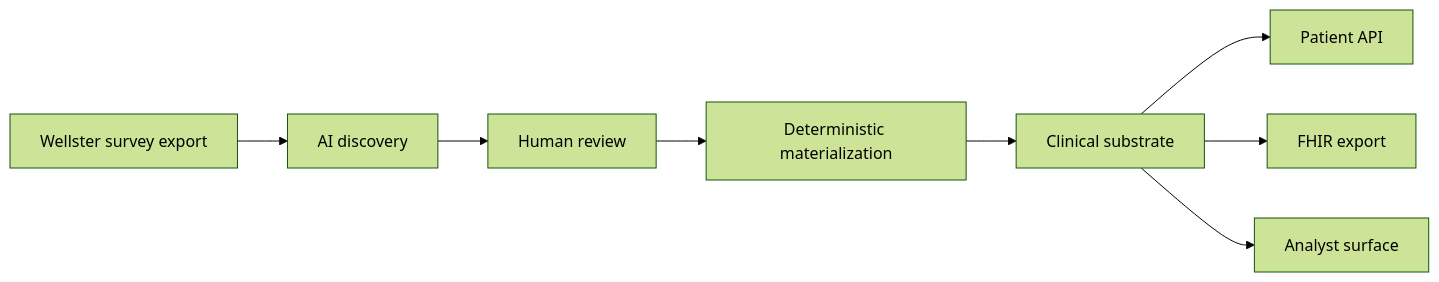
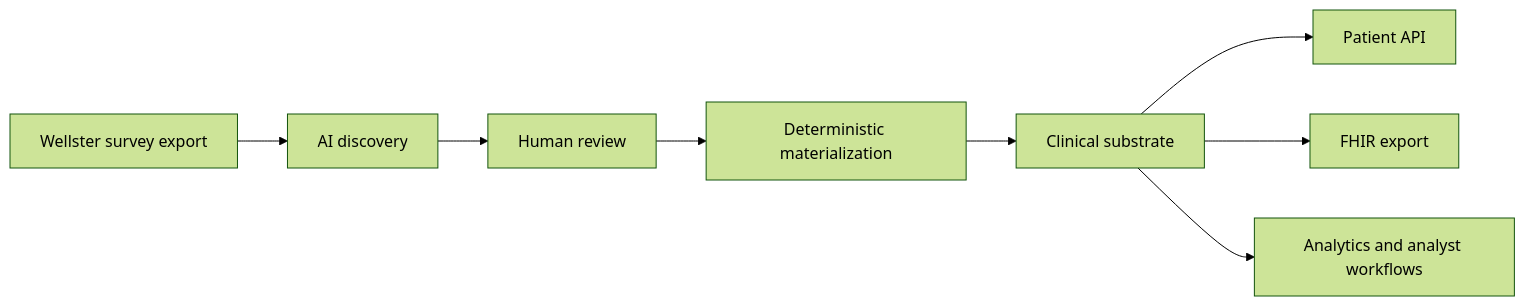
One commit to s6endemi/UniQ changed the first of 6 diagrams in WELLSTER_TECH_DEEPDIVE_EXTERNAL.md. Above: the diagram before and after it, drawn with Mermaid (forest theme). The commit also changed other lines of this file, not shown here.

Commit message:
Refine Wellster external tech deep-dive structure

````diff
--- a/WELLSTER_TECH_DEEPDIVE_EXTERNAL.md
+++ b/WELLSTER_TECH_DEEPDIVE_EXTERNAL.md
@@ -33,10 +33,10 @@
 ```mermaid
 flowchart LR
-    raw[Wellster survey export] --> discover[AI discovery]
-    discover --> review[Human review]
-    review --> materialize[Deterministic materialization]
-    materialize --> substrate[Clinical substrate]
+    source[Wellster survey export] --> discovery[AI discovery]
+    discovery --> review[Human review]
+    review --> materialization[Deterministic materialization]
+    materialization --> substrate[Clinical substrate]
     substrate --> api[Patient API]
     substrate --> fhir[FHIR export]
-    substrate --> analyst[Analyst surface]
+    substrate --> analytics[Analytics and analyst workflows]
 ```
````
